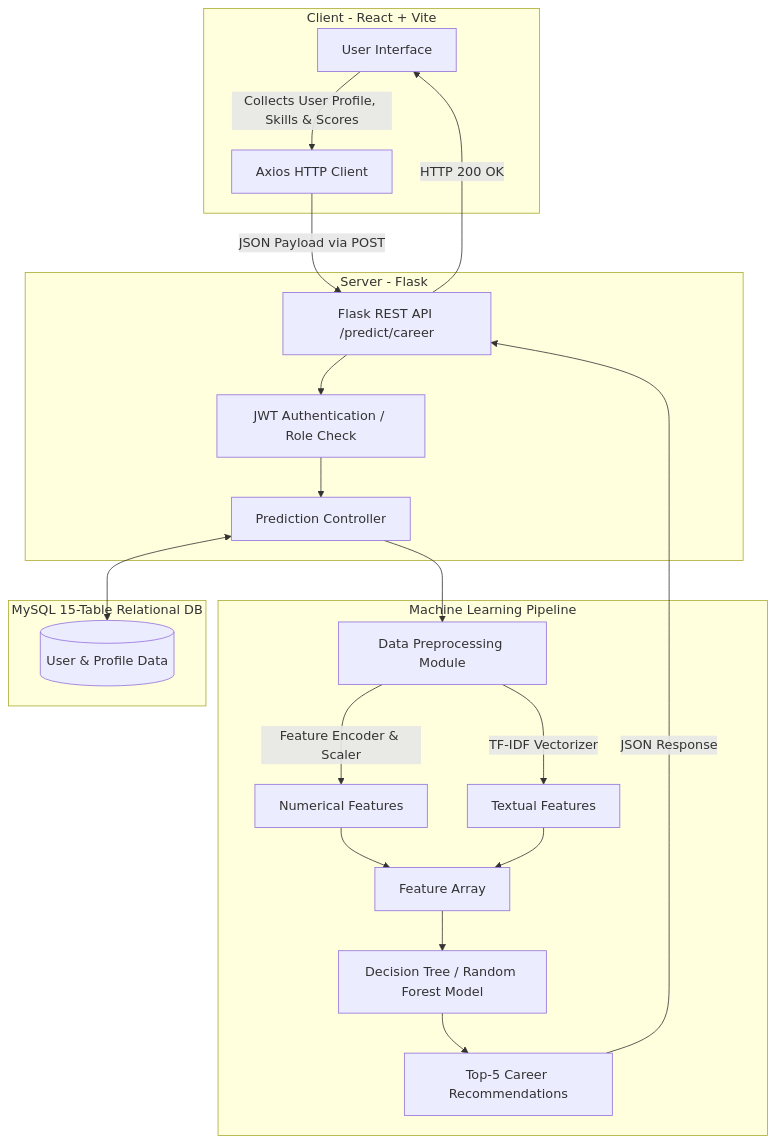
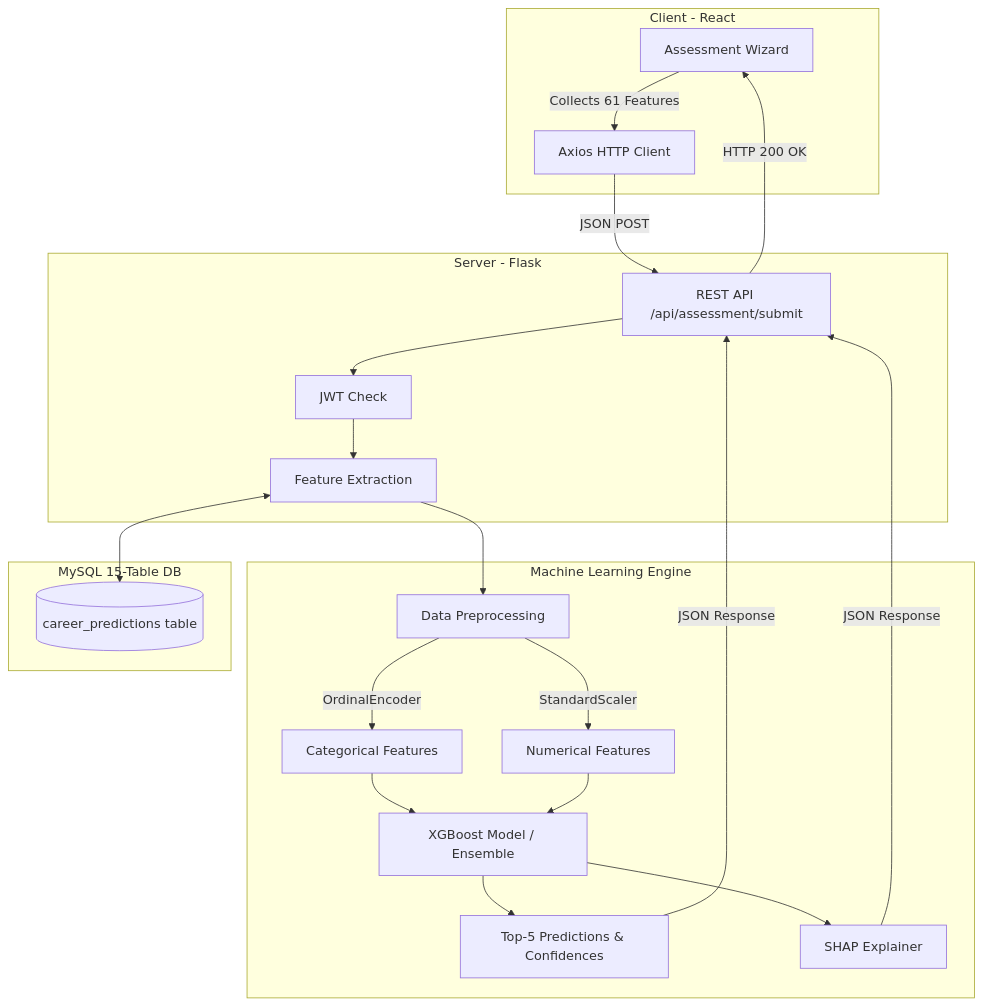
One commit to AMB-007/Personalized-Career-Recommendation-System-Using-Machine-Learning changed the diagram in README.md. Above: the diagram before and after it, drawn with Mermaid. The commit also changed other lines of this file, not shown here.

````diff
--- a/README.md
+++ b/README.md
@@ -36,33 +42,33 @@
 ```mermaid
 graph TD
     %% Frontend Layer
-    subgraph Frontend [Client - React + Vite]
-        UI[User Interface] --> |Collects User Profile, Skills & Scores| APIClient[Axios HTTP Client]
+    subgraph Frontend [Client - React]
+        UI[Assessment Wizard] --> |Collects 61 Features| APIClient[Axios HTTP Client]
     end
 
     %% Backend Layer
     subgraph Backend [Server - Flask]
-        APIClient -->|JSON Payload via POST| Router[Flask REST API /predict/career]
-        Router --> Auth[JWT Authentication / Role Check]
-        Auth --> Controller[Prediction Controller]
+        APIClient -->|JSON POST| Router[REST API /api/assessment/submit]
+        Router --> Auth[JWT Check]
+        Auth --> Controller[Feature Extraction]
     end
 
     %% ML Pipeline Layer
-    subgraph ML [Machine Learning Pipeline]
-        Controller --> Preprocessor[Data Preprocessing Module]
-        Preprocessor --> |Feature Encoder & Scaler| Transformed[Numerical Features]
-        Preprocessor --> |TF-IDF Vectorizer| Text[Textual Features]
-        Transformed & Text --> Concat[Feature Array]
-        Concat --> Model[Decision Tree / Random Forest Model]
-        Model --> Output[Top-5 Career Recommendations]
+    subgraph ML [Machine Learning Engine]
+        Controller --> Preprocessor[Data Preprocessing]
+        Preprocessor --> |OrdinalEncoder| Cat[Categorical Features]
+        Preprocessor --> |StandardScaler| Num[Numerical Features]
+        Cat & Num --> Model[XGBoost Model / Ensemble]
+        Model --> Output[Top-5 Predictions & Confidences]
+        Model --> SHAP[SHAP Explainer]
     end
 
     %% Database Layer
-    subgraph Database [MySQL 15-Table Relational DB]
-        Controller <--> DB[(User & Profile Data)]
+    subgraph Database [MySQL 15-Table DB]
+        Controller <--> DB[(career_predictions table)]
     end
 
     %% Response
-    Output --> |JSON Response| Router
+    Output & SHAP --> |JSON Response| Router
     Router --> |HTTP 200 OK| UI
 ```
````
